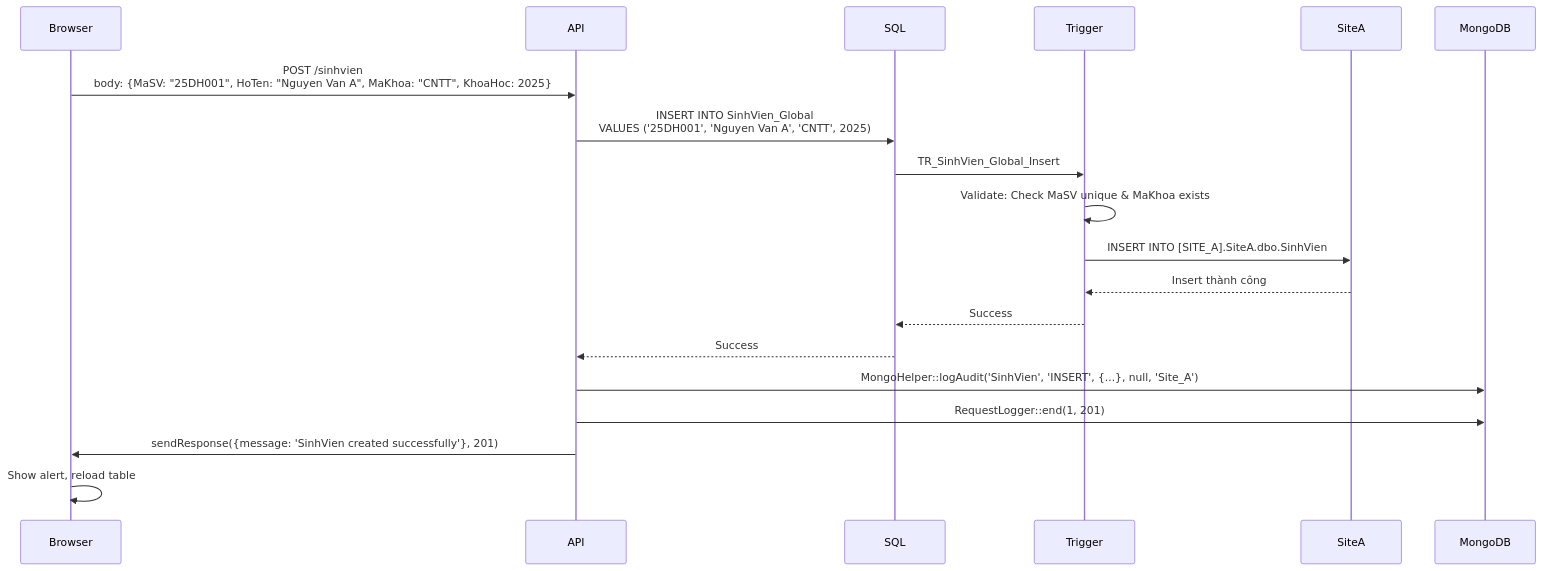
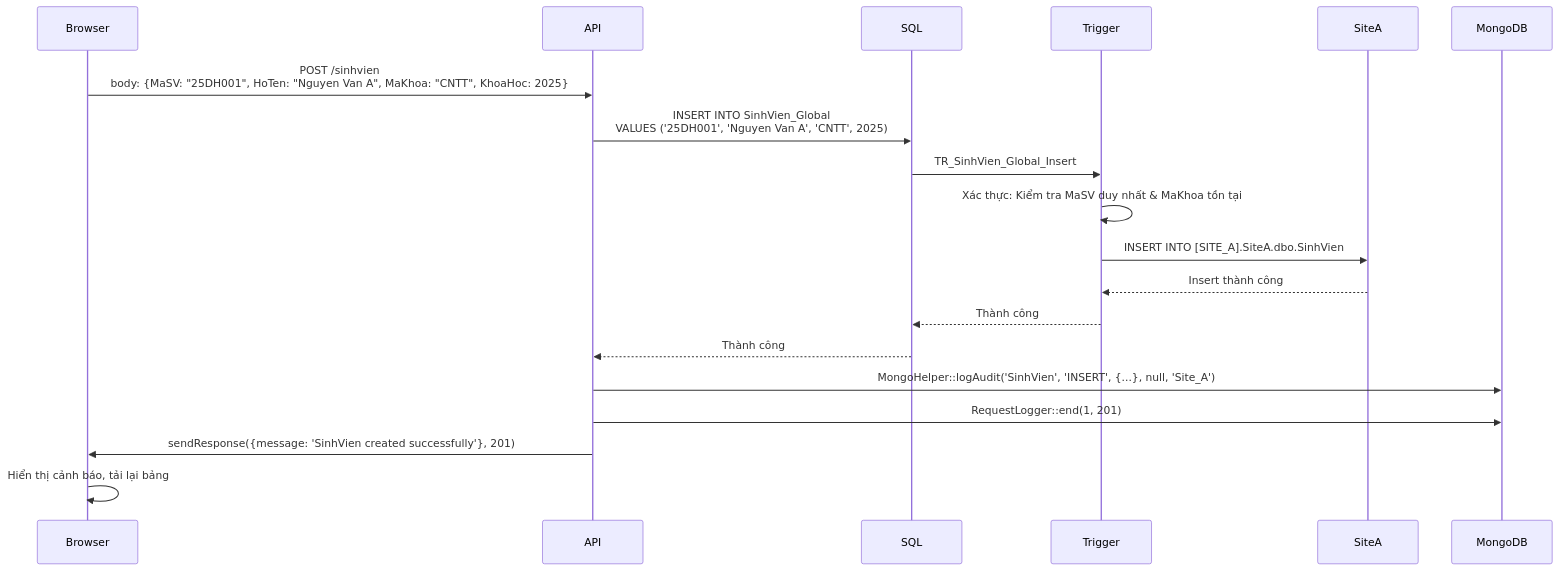
Before and after one commit to TienxDun/Distributed_Database: the third of 6 diagrams in ARCHITECTURE.md, drawn with Mermaid. The commit also changed other lines of this file and 1 other file, not shown here.

````diff
--- a/ARCHITECTURE.md
+++ b/ARCHITECTURE.md
@@ -567,22 +565,22 @@
 ```mermaid
 sequenceDiagram
     participant Browser
     participant API
     participant SQL
     participant Trigger
     participant SiteA
     participant MongoDB
 
     Browser->>API: POST /sinhvien<br/>body: {MaSV: "25DH001", HoTen: "Nguyen Van A", MaKhoa: "CNTT", KhoaHoc: 2025}
     API->>SQL: INSERT INTO SinhVien_Global<br/>VALUES ('25DH001', 'Nguyen Van A', 'CNTT', 2025)
     SQL->>Trigger: TR_SinhVien_Global_Insert
-    Trigger->>Trigger: Validate: Check MaSV unique & MaKhoa exists
+    Trigger->>Trigger: Xác thực: Kiểm tra MaSV duy nhất & MaKhoa tồn tại
     Trigger->>SiteA: INSERT INTO [SITE_A].SiteA.dbo.SinhVien
     SiteA-->>Trigger: Insert thành công
-    Trigger-->>SQL: Success
-    SQL-->>API: Success
+    Trigger-->>SQL: Thành công
+    SQL-->>API: Thành công
     API->>MongoDB: MongoHelper::logAudit('SinhVien', 'INSERT', {...}, null, 'Site_A')
     API->>MongoDB: RequestLogger::end(1, 201)
     API->>Browser: sendResponse({message: 'SinhVien created successfully'}, 201)
-    Browser->>Browser: Show alert, reload table
+    Browser->>Browser: Hiển thị cảnh báo, tải lại bảng
 ```
````
